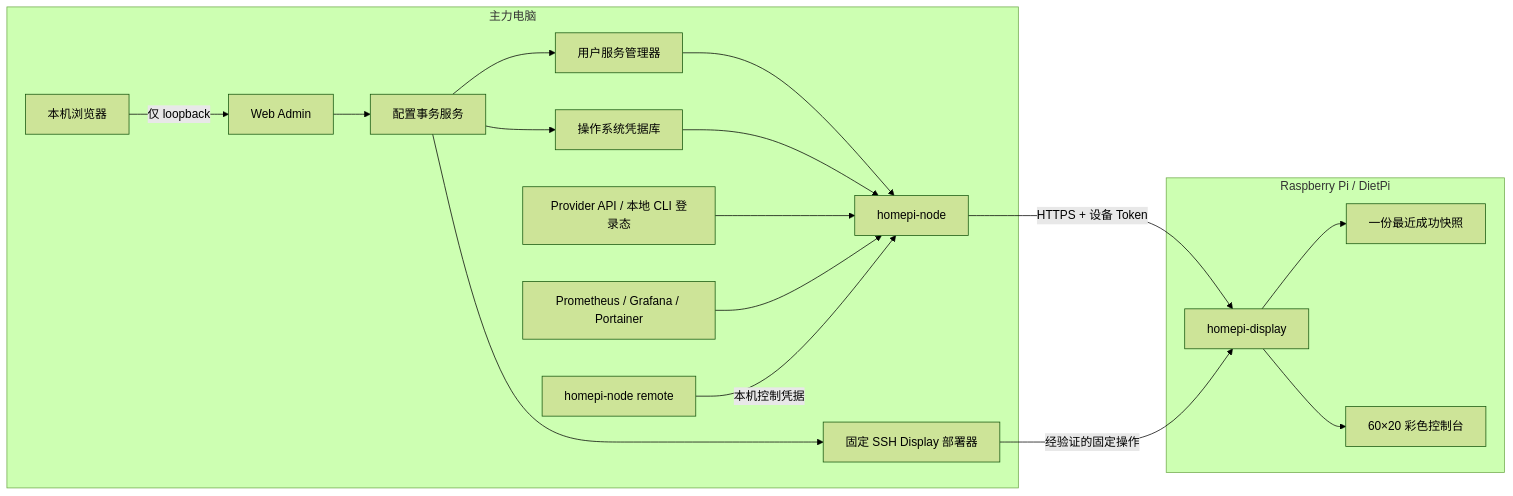
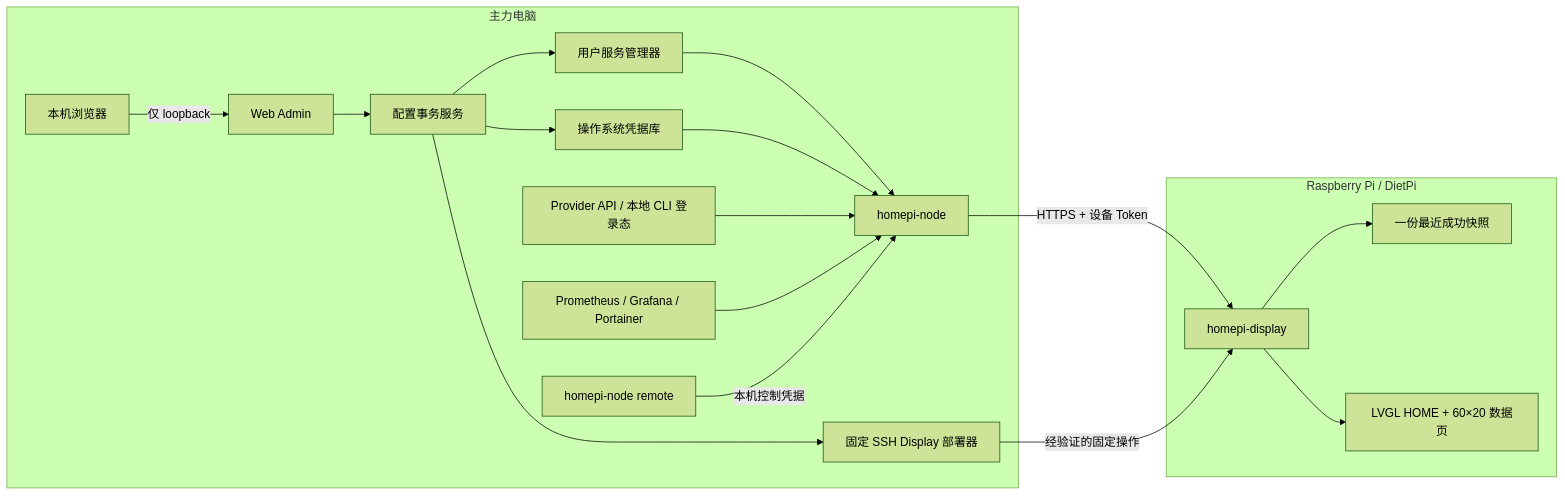
One commit to galendai/homepi-mon changed the diagram in README.zh-CN.md. Above: the diagram before and after it, drawn with Mermaid (forest theme). The commit also changed other lines of this file and 63 other files, not shown here.

Commit message:
Add graphical kiosk homepage with weather

````diff
--- a/README.zh-CN.md
+++ b/README.zh-CN.md
@@ -74,23 +74,23 @@
 ```mermaid
 flowchart LR
     subgraph Host["主力电脑"]
         Browser["本机浏览器"] -->|"仅 loopback"| Admin["Web Admin"]
         Admin --> Config["配置事务服务"]
         Config --> Secrets["操作系统凭据库"]
         Config --> Service["用户服务管理器"]
         Config --> Deploy["固定 SSH Display 部署器"]
         Service --> Node["homepi-node"]
         Secrets --> Node
         Providers["Provider API / 本地 CLI 登录态"] --> Node
         HomeLab["Prometheus / Grafana / Portainer"] --> Node
         Remote["homepi-node remote"] -->|"本机控制凭据"| Node
     end
 
     subgraph Pi["Raspberry Pi / DietPi"]
         Display["homepi-display"] --> Cache["一份最近成功快照"]
-        Display --> TUI["60×20 彩色控制台"]
+        Display --> GUI["LVGL HOME + 60×20 数据页"]
     end
 
     Node -->|"HTTPS + 设备 Token"| Display
     Deploy -->|"经验证的固定操作"| Display
 ```
````
